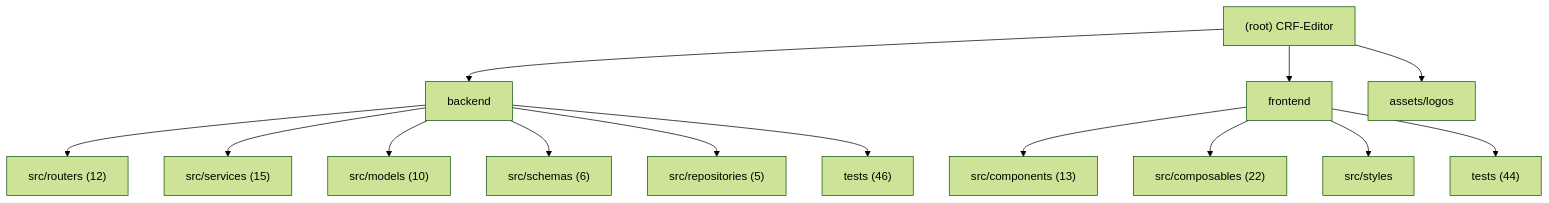
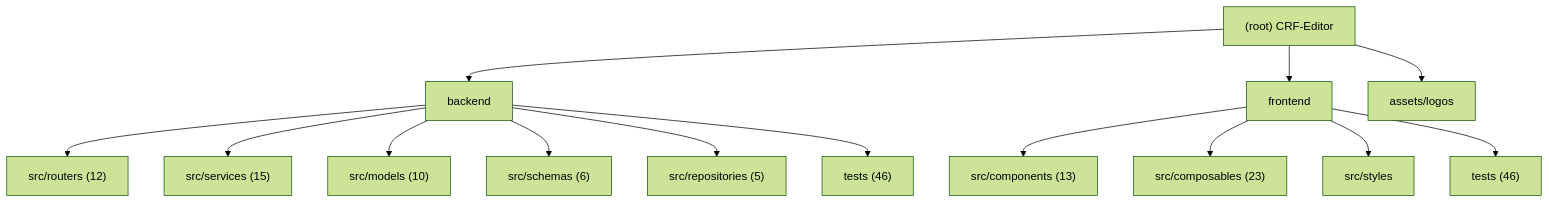
One commit to decade6666/CRF-Editor changed the diagram in .claude/CLAUDE.md. Above: the diagram before and after it, drawn with Mermaid (forest theme). The commit also changed other lines of this file and 35 other files, not shown here.

````diff
--- a/.claude/CLAUDE.md
+++ b/.claude/CLAUDE.md
@@ -15,19 +15,19 @@
 ```mermaid
 graph TD
     A["(root) CRF-Editor"] --> B["backend"];
     B --> B1["src/routers (12)"];
     B --> B2["src/services (15)"];
     B --> B3["src/models (10)"];
     B --> B4["src/schemas (6)"];
     B --> B5["src/repositories (5)"];
     B --> B6["tests (46)"];
     A --> C["frontend"];
     C --> C1["src/components (13)"];
-    C --> C2["src/composables (22)"];
+    C --> C2["src/composables (23)"];
     C --> C3["src/styles"];
-    C --> C4["tests (44)"];
+    C --> C4["tests (46)"];
     A --> D["assets/logos"];
 
     click B "./backend/.claude/CLAUDE.md" "View backend module docs"
     click C "./frontend/.claude/CLAUDE.md" "View frontend module docs"
 ```
````
